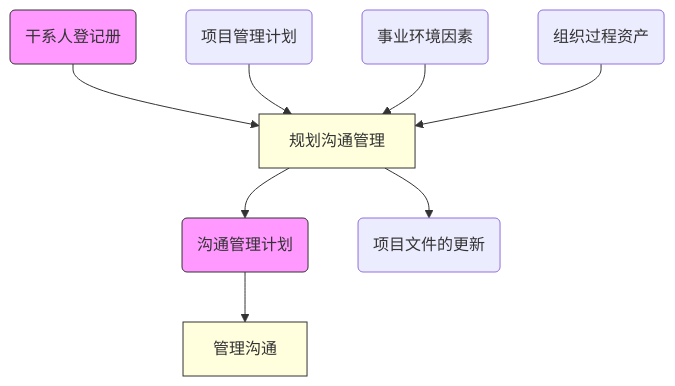
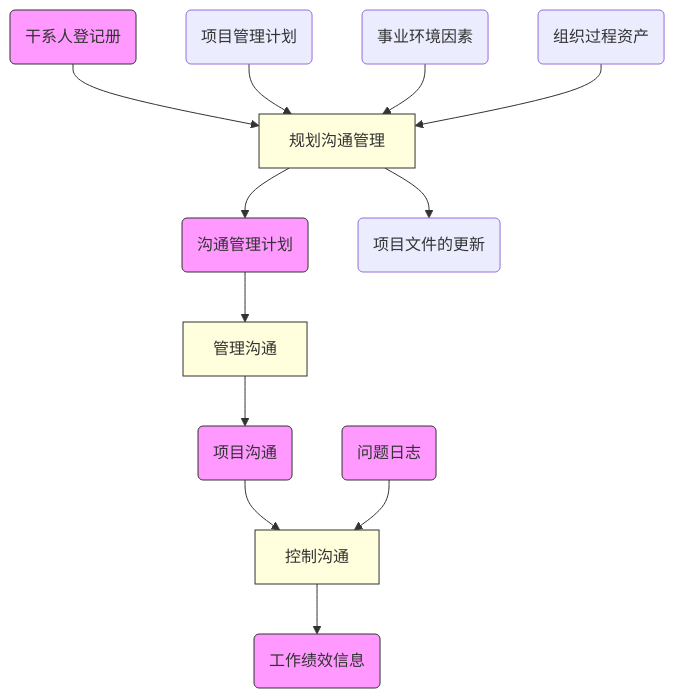
The second of 2 diagrams in Project-management-knowledge/communication.md (zsea/Information-system-project-manager), drawn with Mermaid before and after one commit. The commit also changed other lines of this file, not shown here.

````diff
--- a/Project-management-knowledge/communication.md
+++ b/Project-management-knowledge/communication.md
@@ -120,22 +227,30 @@
 ```mermaid
 graph TB;
     classDef PROCESS fill:#FFFFDE,stroke:#333,stroke-width:1px;
     classDef INNER fill:#f9f,stroke:#333,stroke-width:1px;
     A(干系人登记册)
     B(项目管理计划)
     C(事业环境因素)
     D(组织过程资产)
     E[规划沟通管理]
     A-->E
     B-->E
     C-->E
     D-->E
     F(沟通管理计划)
     E-->F
     E-->Z
     G[管理沟通]
     F-->G
+    H(项目沟通)
+    G-->H
+    I(问题日志)
+    J[控制沟通]
+    H-->J
+    I-->J
+    K(工作绩效信息)
+    J-->K
     Z(项目文件的更新)
-    class E,G PROCESS;
-    class A,F INNER
+    class E,G,J PROCESS;
+    class A,F,H,I,K INNER
 ```
````
